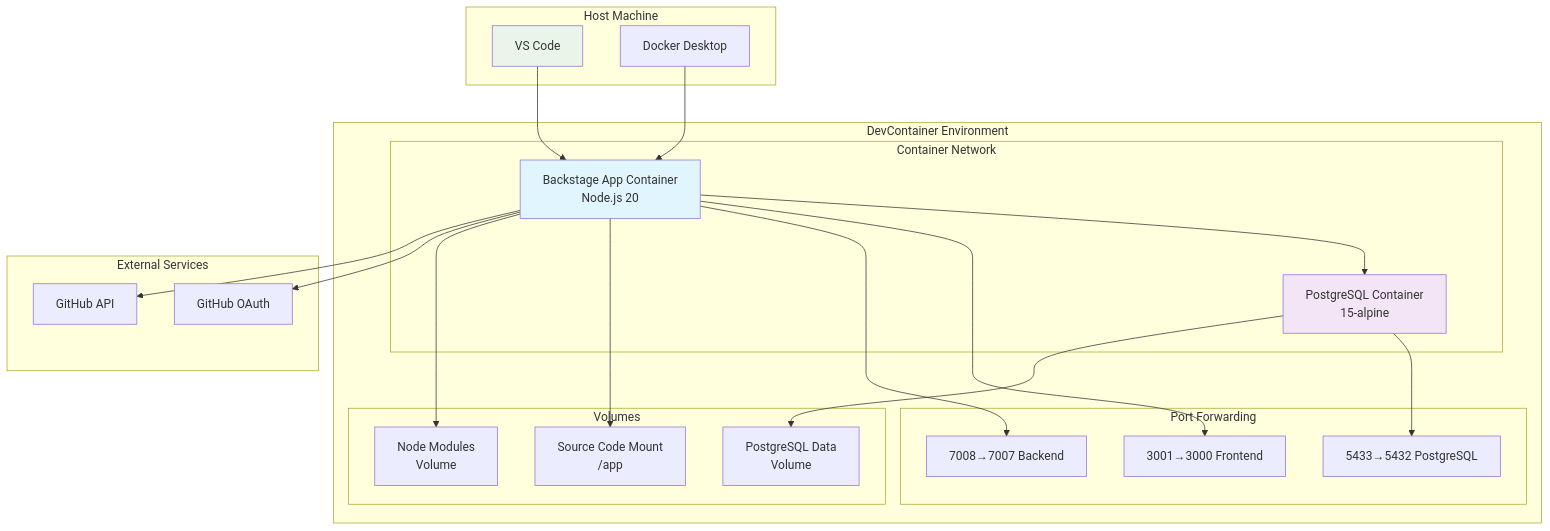
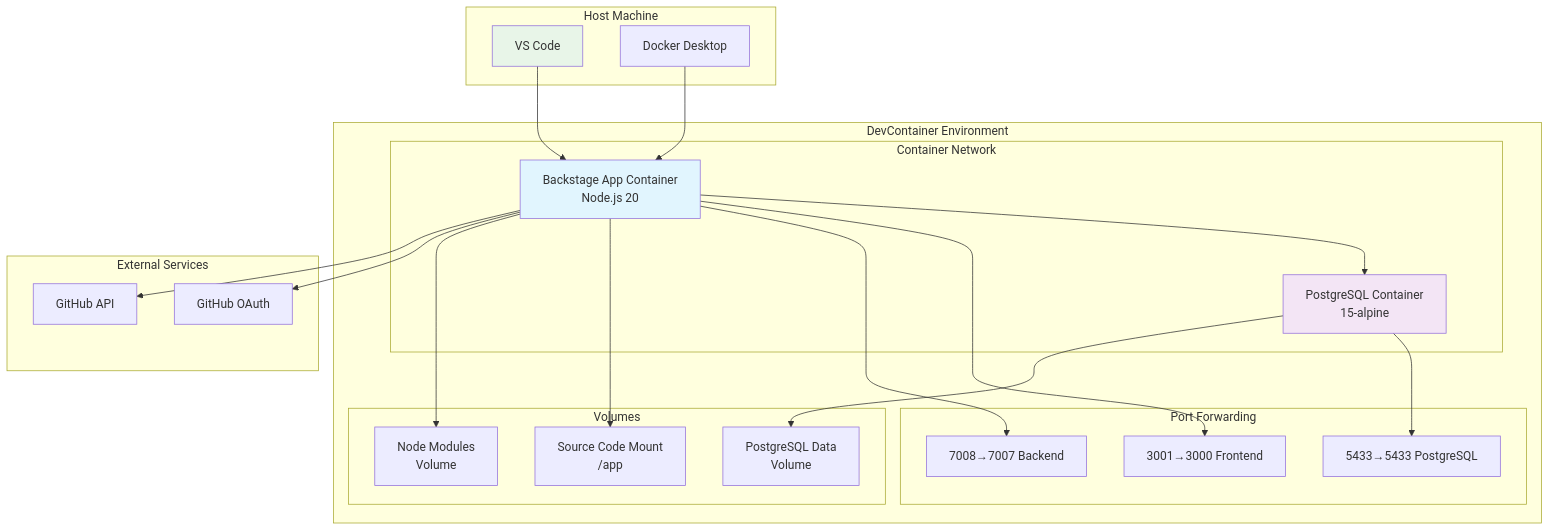
Before and after one commit to Portfolio-jaime/backstage-app-devc: the first of 3 diagrams in docs/DEVCONTAINER_SETUP.md, drawn with Mermaid. The commit also changed other lines of this file and 25 other files, not shown here.

````diff
--- a/docs/DEVCONTAINER_SETUP.md
+++ b/docs/DEVCONTAINER_SETUP.md
@@ -5,47 +5,47 @@
 ```mermaid
 graph TB
     subgraph "Host Machine"
         A[VS Code]
         B[Docker Desktop]
     end
-    
+
     subgraph "DevContainer Environment"
         subgraph "Container Network"
             C[Backstage App Container<br/>Node.js 20]
             D[PostgreSQL Container<br/>15-alpine]
         end
-        
+
         subgraph "Port Forwarding"
             E[3001→3000 Frontend]
             F[7008→7007 Backend]
-            G[5433→5432 PostgreSQL]
+            G[5433→5433 PostgreSQL]
         end
-        
+
         subgraph "Volumes"
             H[Source Code Mount<br/>/app]
             I[PostgreSQL Data<br/>Volume]
             J[Node Modules<br/>Volume]
         end
     end
-    
+
     subgraph "External Services"
         K[GitHub OAuth]
         L[GitHub API]
     end
-    
+
     A --> C
     B --> C
     C --> D
     C --> E
     C --> F
     D --> G
     C --> H
     D --> I
     C --> J
     C --> K
     C --> L
-    
+
     style C fill:#e1f5fe
     style D fill:#f3e5f5
     style A fill:#e8f5e8
 ```
````
